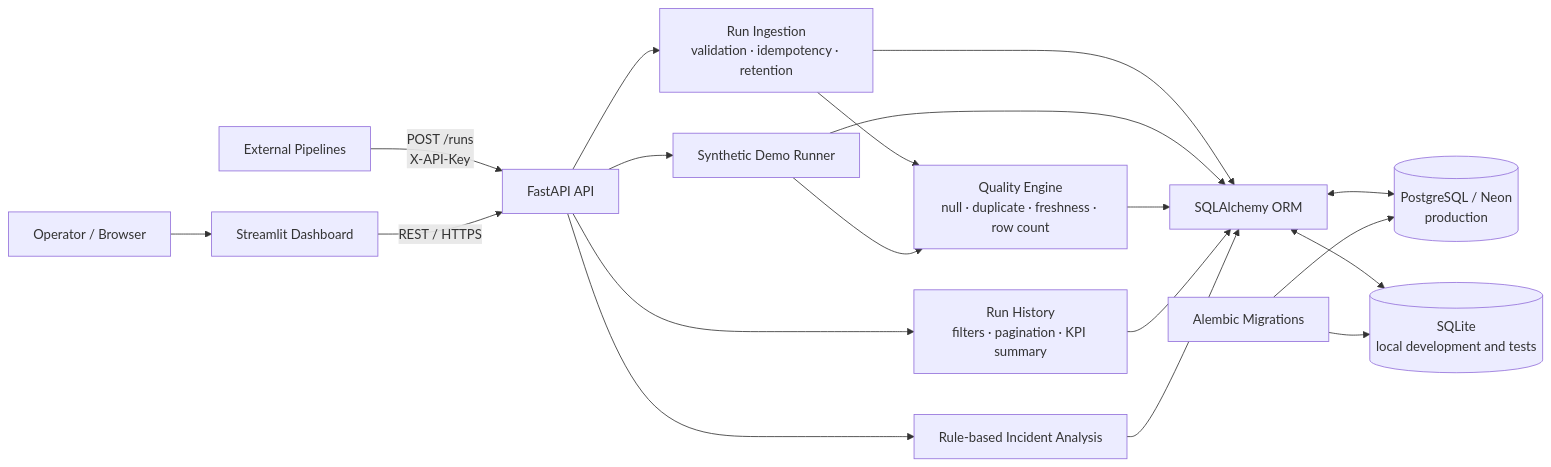
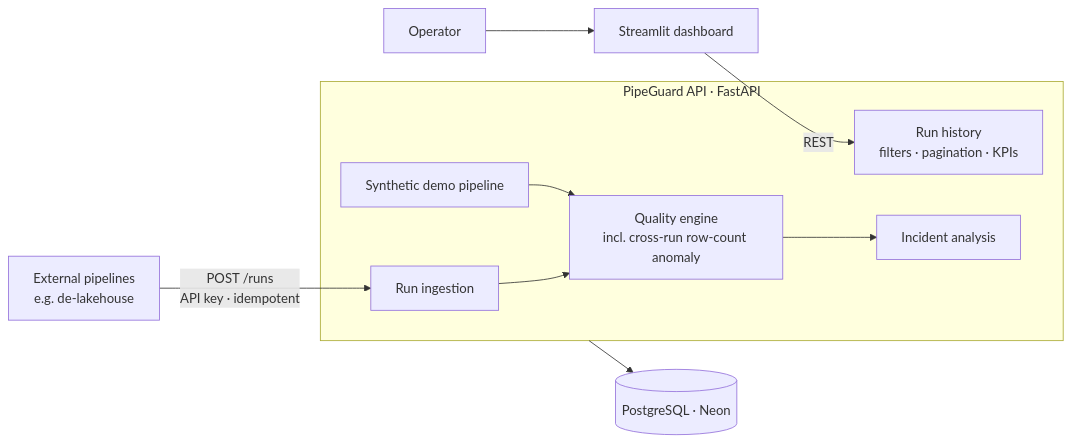
One commit to Ericliu-eng/PipeGuard changed the diagram in README.md. Above: the diagram before and after it, drawn with Mermaid. The commit also changed other lines of this file and 4 other files, not shown here.

````diff
--- a/README.md
+++ b/README.md
@@ -27,23 +46,15 @@
 ```mermaid
 flowchart LR
-    U["Operator / Browser"] --> D["Streamlit Dashboard"]
-    E["External Pipelines"] -->|"POST /runs<br/>X-API-Key"| A["FastAPI API"]
-    D -->|"REST / HTTPS"| A
+    pipeline["External pipelines<br/>e.g. de-lakehouse"] -- "POST /runs<br/>API key · idempotent" --> ingest
+    operator["Operator"] --> dashboard["Streamlit dashboard"]
+    dashboard -- "REST" --> history
 
-    A --> R["Run Ingestion<br/>validation · idempotency · retention"]
-    A --> P["Synthetic Demo Runner"]
-    A --> H["Run History<br/>filters · pagination · KPI summary"]
-    A --> I["Rule-based Incident Analysis"]
-    R --> Q["Quality Engine<br/>null · duplicate · freshness · row count"]
-    P --> Q
+    subgraph api["PipeGuard API · FastAPI"]
+        ingest["Run ingestion"] --> quality["Quality engine<br/>incl. cross-run row-count anomaly"]
+        demo["Synthetic demo pipeline"] --> quality
+        quality --> analysis["Incident analysis"]
+        history["Run history<br/>filters · pagination · KPIs"]
+    end
 
-    R --> S["SQLAlchemy ORM"]
-    P --> S
-    Q --> S
-    H --> S
-    I --> S
-    S <--> DB[("PostgreSQL / Neon<br/>production")]
-    S <--> LDB[("SQLite<br/>local development and tests")]
-    M["Alembic Migrations"] --> DB
-    M --> LDB
+    api --> db[("PostgreSQL · Neon")]
 ```
````
